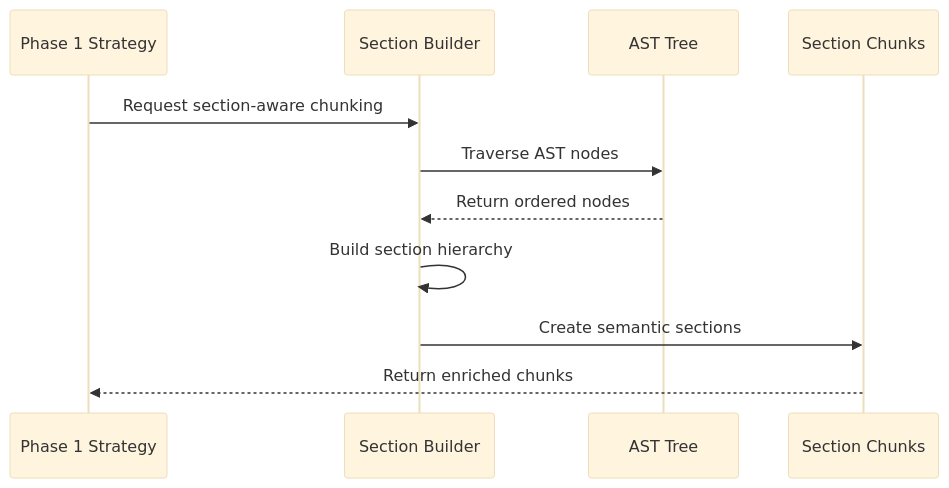
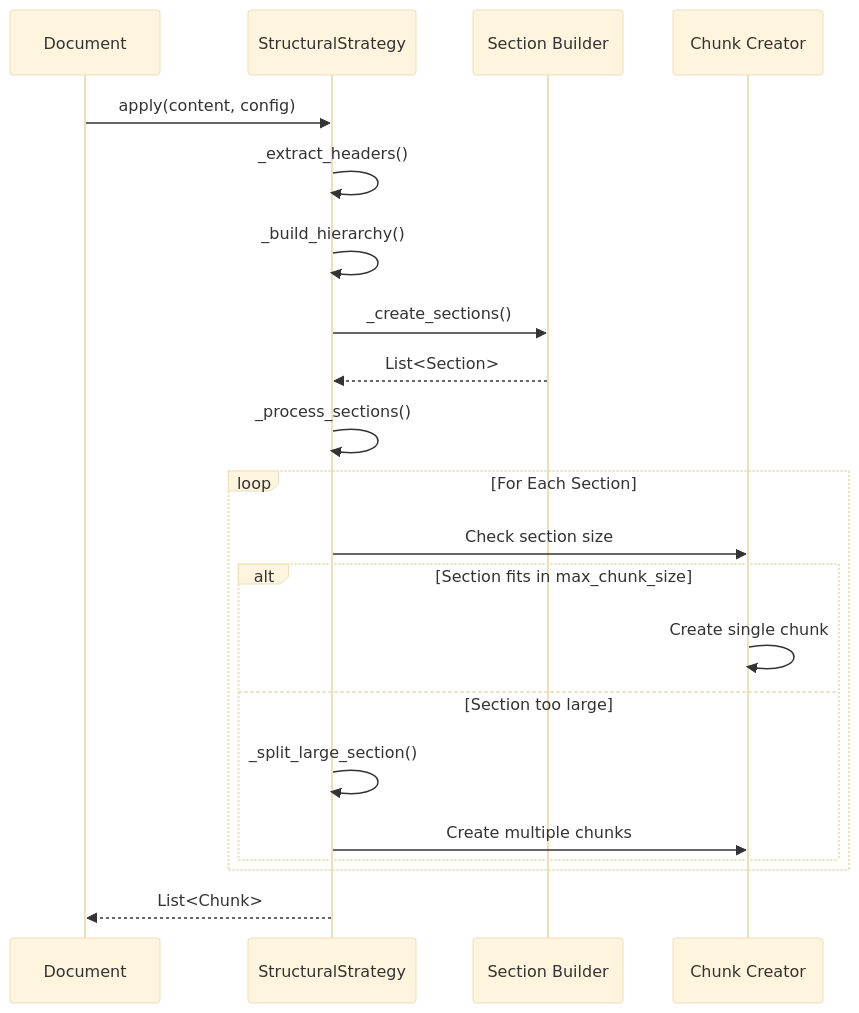
Before and after one commit to asukhodko/dify-markdown-chunker: the eighth of 11 diagrams in .qoder/repowiki/en/content/Chunking Strategies/Structural Strategy.md, drawn with Mermaid (base theme). The commit also changed other lines of this file and 205 other files, not shown here.

````diff
--- a/.qoder/repowiki/en/content/Chunking Strategies/Structural Strategy.md
+++ b/.qoder/repowiki/en/content/Chunking Strategies/Structural Strategy.md
@@ -527,13 +312,23 @@
 ```mermaid
 sequenceDiagram
-participant PS as Phase 1 Strategy
-participant SB as Section Builder
-participant AST as AST Tree
-participant SC as Section Chunks
-PS->>SB : Request section-aware chunking
-SB->>AST : Traverse AST nodes
-AST-->>SB : Return ordered nodes
-SB->>SB : Build section hierarchy
-SB->>SC : Create semantic sections
-SC-->>PS : Return enriched chunks
+participant Doc as Document
+participant Strategy as StructuralStrategy
+participant Section as Section Builder
+participant Chunk as Chunk Creator
+Doc->>Strategy : apply(content, config)
+Strategy->>Strategy : _extract_headers()
+Strategy->>Strategy : _build_hierarchy()
+Strategy->>Section : _create_sections()
+Section-->>Strategy : List<Section>
+Strategy->>Strategy : _process_sections()
+loop For Each Section
+Strategy->>Chunk : Check section size
+alt Section fits in max_chunk_size
+Chunk->>Chunk : Create single chunk
+else Section too large
+Strategy->>Strategy : _split_large_section()
+Strategy->>Chunk : Create multiple chunks
+end
+end
+Strategy-->>Doc : List<Chunk>
 ```
````
